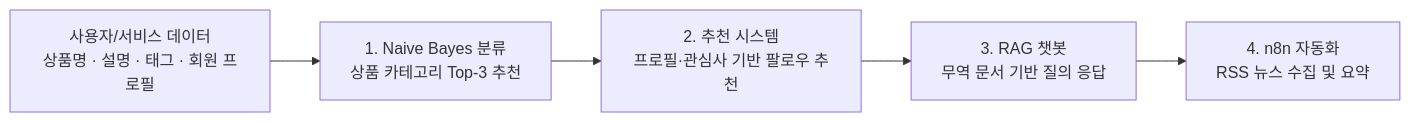
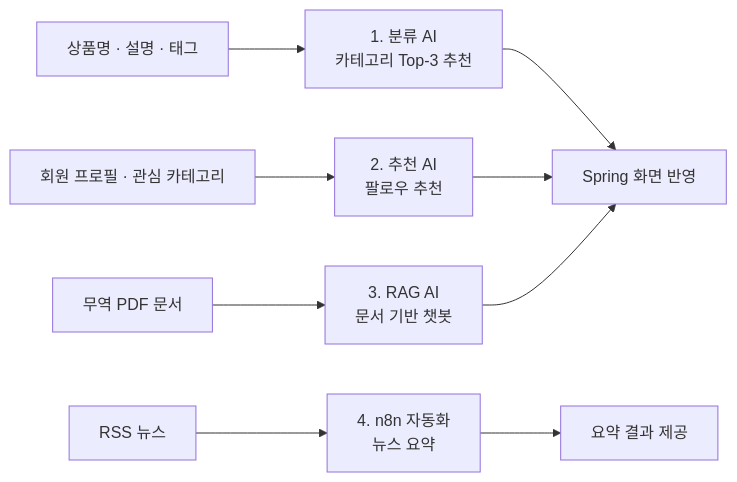
Before and after one commit to tomatosugarpickled/announcement-_ai: the first of 8 diagrams in README.md, drawn with Mermaid. The commit also changed other lines of this file and 6 other files, not shown here.

````diff
--- a/README.md
+++ b/README.md
@@ -49,7 +52,12 @@
 ```mermaid
 flowchart LR
-    A["사용자/서비스 데이터<br/>상품명 · 설명 · 태그 · 회원 프로필"] --> B["1. Naive Bayes 분류<br/>상품 카테고리 Top-3 추천"]
-    B --> C["2. 추천 시스템<br/>프로필·관심사 기반 팔로우 추천"]
-    C --> D["3. RAG 챗봇<br/>무역 문서 기반 질의 응답"]
-    D --> E["4. n8n 자동화<br/>RSS 뉴스 수집 및 요약"]
+    A["상품명 · 설명 · 태그"] --> B["1. 분류 AI<br/>카테고리 Top-3 추천"]
+    C["회원 프로필 · 관심 카테고리"] --> D["2. 추천 AI<br/>팔로우 추천"]
+    E["무역 PDF 문서"] --> F["3. RAG AI<br/>문서 기반 챗봇"]
+    G["RSS 뉴스"] --> H["4. n8n 자동화<br/>뉴스 요약"]
+
+    B --> I["Spring 화면 반영"]
+    D --> I
+    F --> I
+    H --> J["요약 결과 제공"]
 ```
````
